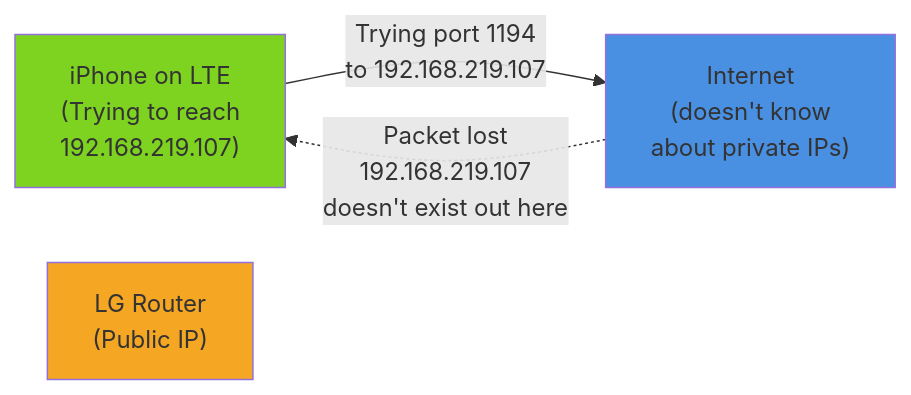
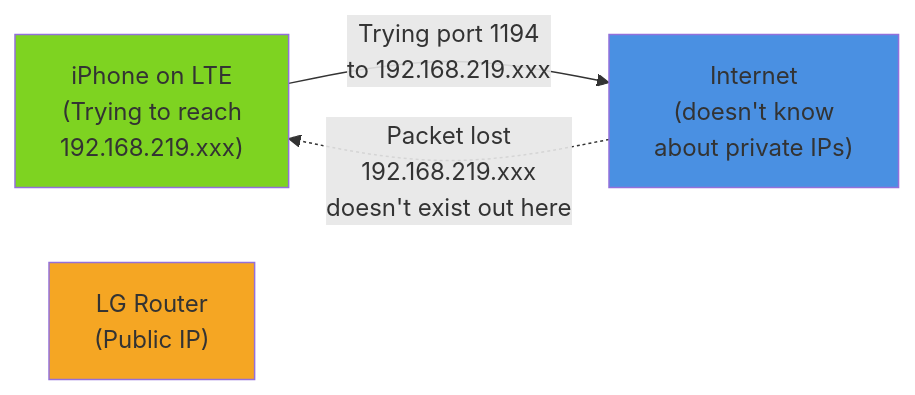
Before and after one commit to samcho0608/samcho0608.github.io: the diagram in content/tech/router-vpn-02.md, drawn with Mermaid. The commit also changed other lines of this file and 1 other file, not shown here.

````diff
--- a/content/tech/router-vpn-02.md
+++ b/content/tech/router-vpn-02.md
@@ -93,13 +97,13 @@
 ```mermaid
 graph LR
-    A["iPhone on LTE<br/>(Trying to reach<br/>192.168.219.107)"]
+    A["iPhone on LTE<br/>(Trying to reach<br/>192.168.219.xxx)"]
     B["Internet<br/>(doesn't know<br/>about private IPs)"]
     C["LG Router<br/>(Public IP)"]
 
-    A -->|Trying port 1194<br/>to 192.168.219.107| B
-    B -.->|Packet lost<br/>192.168.219.107<br/>doesn't exist out here| A
+    A -->|Trying port 1194<br/>to 192.168.219.xxx| B
+    B -.->|Packet lost<br/>192.168.219.xxx<br/>doesn't exist out here| A
 
     style A fill:#7ed321
     style B fill:#4a90e2
     style C fill:#f5a623
 ```
````
